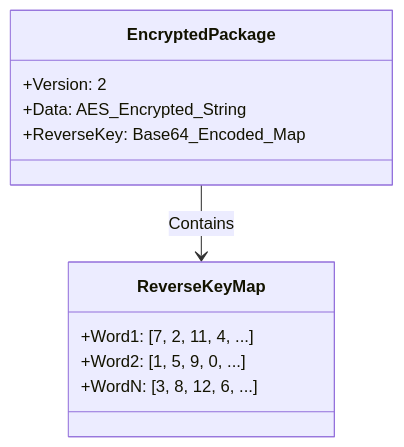
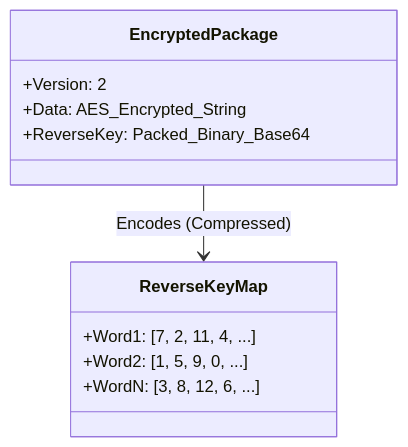
Before and after one commit to Kryklin/darkstar: the third of 6 diagrams in DARKSTAR_ARCHITECTURE.md, drawn with Mermaid. The commit also changed other lines of this file, not shown here.

````diff
--- a/DARKSTAR_ARCHITECTURE.md
+++ b/DARKSTAR_ARCHITECTURE.md
@@ -87,16 +98,16 @@
 ```mermaid
 classDiagram
     class EncryptedPackage {
         +Version: 2
         +Data: AES_Encrypted_String
-        +ReverseKey: Base64_Encoded_Map
+        +ReverseKey: Packed_Binary_Base64
     }
     
     class ReverseKeyMap {
         +Word1: [7, 2, 11, 4, ...]
         +Word2: [1, 5, 9, 0, ...]
         +WordN: [3, 8, 12, 6, ...]
     }
     
-    EncryptedPackage --> ReverseKeyMap : Contains
+    EncryptedPackage --> ReverseKeyMap : Encodes (Compressed)
 ```
````
